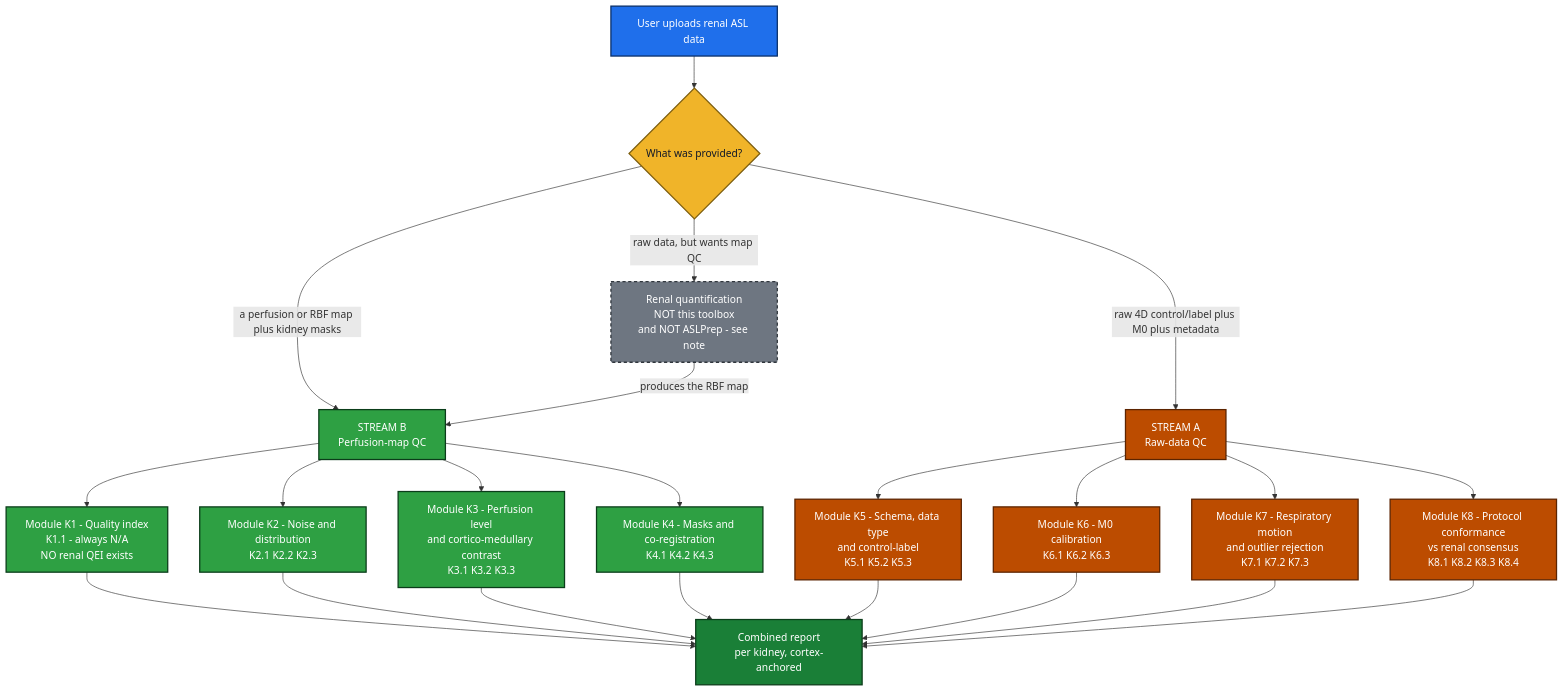
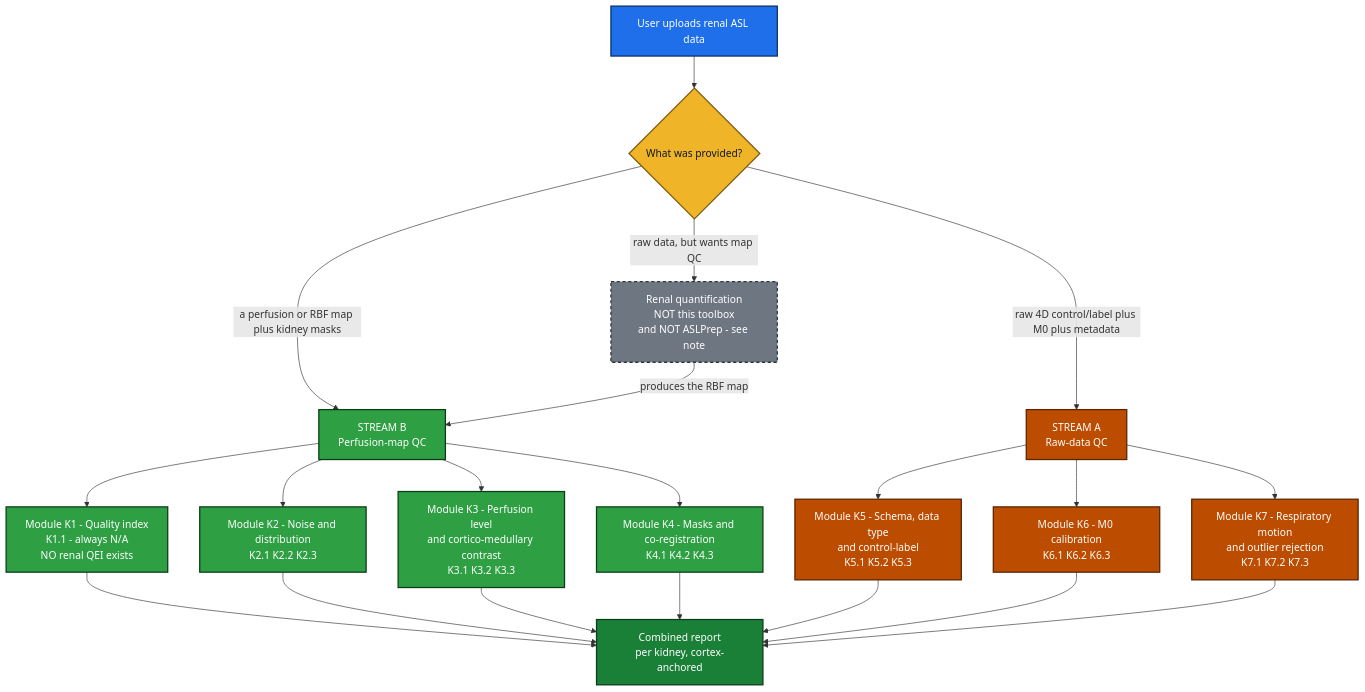
The diagram in kidney/KIDNEY_QC_DESIGN.md (Jitmisra/OSIPI-DOCS), drawn with Mermaid before and after one commit. The commit also changed other lines of this file and 10 other files, not shown here.

First line of the commit message:
kidney: drop module K8, protocol conformance is out of scope for v1

````diff
--- a/kidney/KIDNEY_QC_DESIGN.md
+++ b/kidney/KIDNEY_QC_DESIGN.md
@@ -44,34 +55,32 @@
 ```mermaid
 flowchart TD
   U["User uploads renal ASL data"] --> D{"What was provided?"}
   D -->|"raw 4D control/label plus M0 plus metadata"| A["STREAM A<br/>Raw-data QC"]
   D -->|"a perfusion or RBF map plus kidney masks"| B["STREAM B<br/>Perfusion-map QC"]
   D -->|"raw data, but wants map QC"| PIPE["Renal quantification<br/>NOT this toolbox<br/>and NOT ASLPrep - see note"]
   PIPE -->|"produces the RBF map"| B
   B --> B1["Module K1 - Quality index<br/>K1.1 - always N/A<br/>NO renal QEI exists"]
   B --> B2["Module K2 - Noise and distribution<br/>K2.1 K2.2 K2.3"]
   B --> B3["Module K3 - Perfusion level<br/>and cortico-medullary contrast<br/>K3.1 K3.2 K3.3"]
   B --> B4["Module K4 - Masks and co-registration<br/>K4.1 K4.2 K4.3"]
   A --> A5["Module K5 - Schema, data type<br/>and control-label<br/>K5.1 K5.2 K5.3"]
   A --> A6["Module K6 - M0 calibration<br/>K6.1 K6.2 K6.3"]
   A --> A7["Module K7 - Respiratory motion<br/>and outlier rejection<br/>K7.1 K7.2 K7.3"]
-  A --> A8["Module K8 - Protocol conformance<br/>vs renal consensus<br/>K8.1 K8.2 K8.3 K8.4"]
   B1 --> R["Combined report<br/>per kidney, cortex-anchored"]
   B2 --> R
   B3 --> R
   B4 --> R
   A5 --> R
   A6 --> R
   A7 --> R
-  A8 --> R
   classDef a fill:#bc4c00,color:#fff,stroke:#5c2400,stroke-width:2px;
   classDef b fill:#2ea043,color:#fff,stroke:#0b3d1a,stroke-width:2px;
   classDef d fill:#f0b429,color:#111827,stroke:#7d5e0f,stroke-width:2px;
   classDef u fill:#1f6feb,color:#fff,stroke:#0a3069,stroke-width:2px;
   classDef r fill:#1a7f37,color:#fff,stroke:#0b3d1a,stroke-width:2px;
   classDef ext fill:#6e7681,color:#fff,stroke:#30363d,stroke-width:2px,stroke-dasharray:5 4;
   class U u; class D d;
-  class A,A5,A6,A7,A8 a;
+  class A,A5,A6,A7 a;
   class B,B1,B2,B3,B4 b;
   class R r; class PIPE ext;
 ```
````
